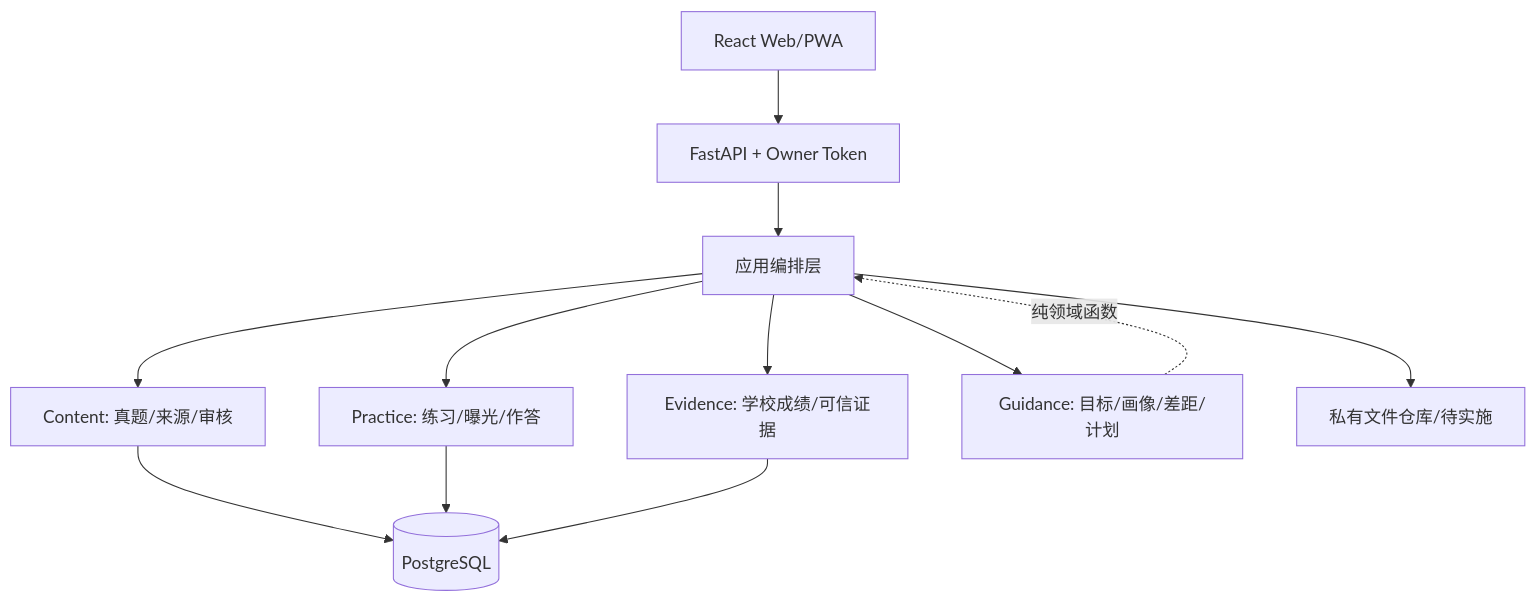
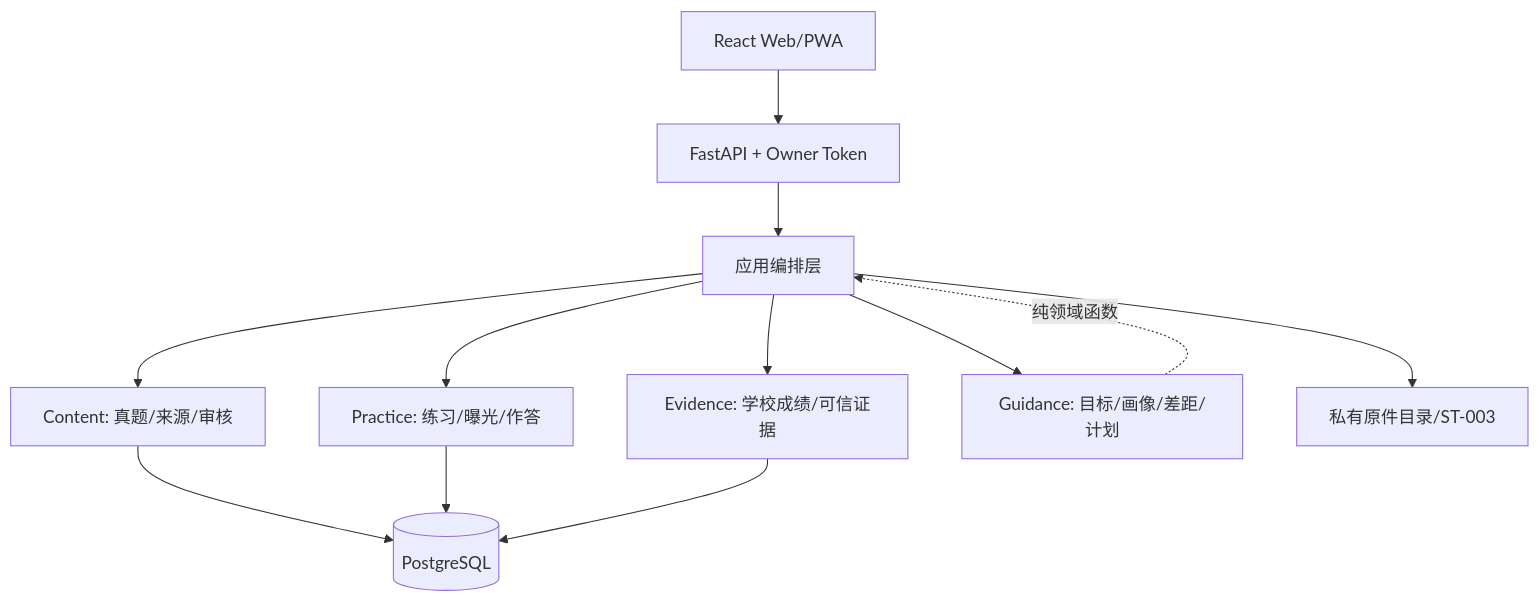
One commit to xman900719/pageboy changed the diagram in docs/design/architecture.md. Above: the diagram before and after it, drawn with Mermaid. The commit also changed other lines of this file and 26 other files, not shown here.

````diff
--- a/docs/design/architecture.md
+++ b/docs/design/architecture.md
@@ -7,14 +7,14 @@
 ```mermaid
 flowchart TB
   WEB[React Web/PWA] --> API[FastAPI + Owner Token]
   API --> APP[应用编排层]
   APP --> CNT[Content: 真题/来源/审核]
   APP --> PRC[Practice: 练习/曝光/作答]
   APP --> EVD[Evidence: 学校成绩/可信证据]
   APP --> GAP[Guidance: 目标/画像/差距/计划]
   CNT --> DB[(PostgreSQL)]
   PRC --> DB
   EVD --> DB
   GAP -.纯领域函数.-> APP
-  APP --> STORAGE[私有文件仓库/待实施]
+  APP --> STORAGE[私有原件目录/ST-003]
 ```
````
